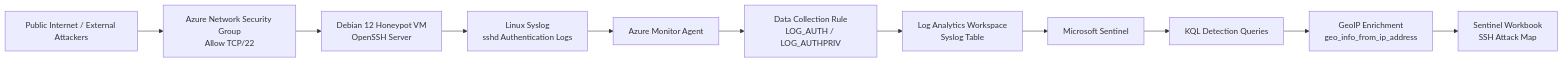
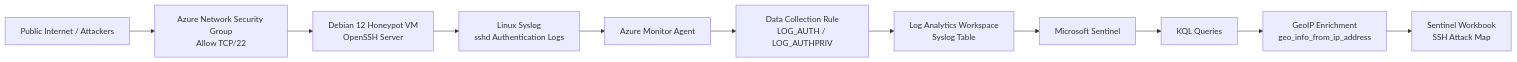
Before and after one commit to AdairPonceuwu/azure-sentinel-linux-honeypot-lab: the diagram in README.md, drawn with Mermaid. The commit also changed other lines of this file, not shown here.

````diff
--- a/README.md
+++ b/README.md
@@ -28,13 +28,13 @@
 ```mermaid
 flowchart LR
-    A[Public Internet / External Attackers] --> B[Azure Network Security Group<br>Allow TCP/22]
+    A[Public Internet / Attackers] --> B[Azure Network Security Group<br>Allow TCP/22]
     B --> C[Debian 12 Honeypot VM<br>OpenSSH Server]
     C --> D[Linux Syslog<br>sshd Authentication Logs]
     D --> E[Azure Monitor Agent]
     E --> F[Data Collection Rule<br>LOG_AUTH / LOG_AUTHPRIV]
     F --> G[Log Analytics Workspace<br>Syslog Table]
     G --> H[Microsoft Sentinel]
-    H --> I[KQL Detection Queries]
+    H --> I[KQL Queries]
     I --> J[GeoIP Enrichment<br>geo_info_from_ip_address]
     J --> K[Sentinel Workbook<br>SSH Attack Map]
 ```
````
